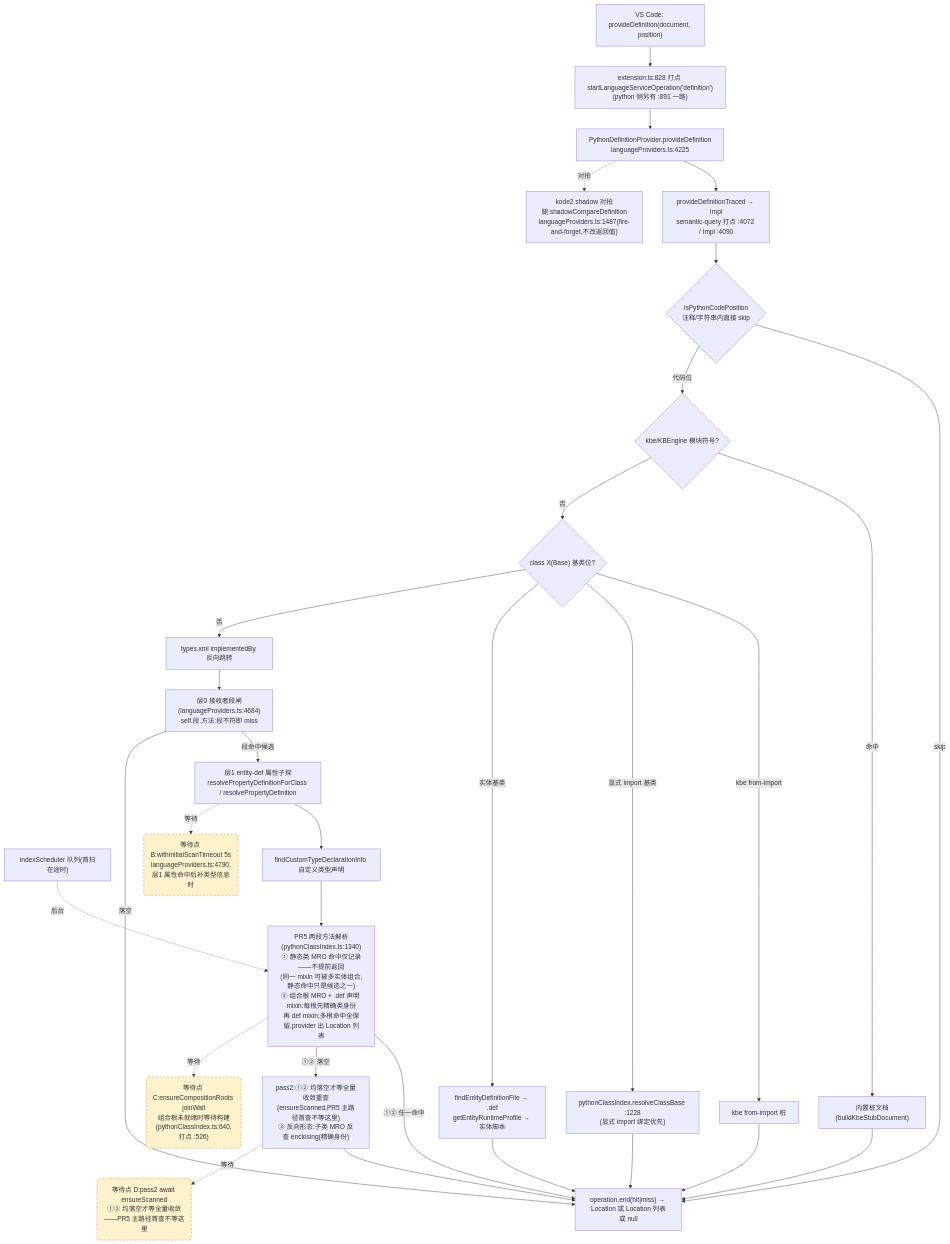
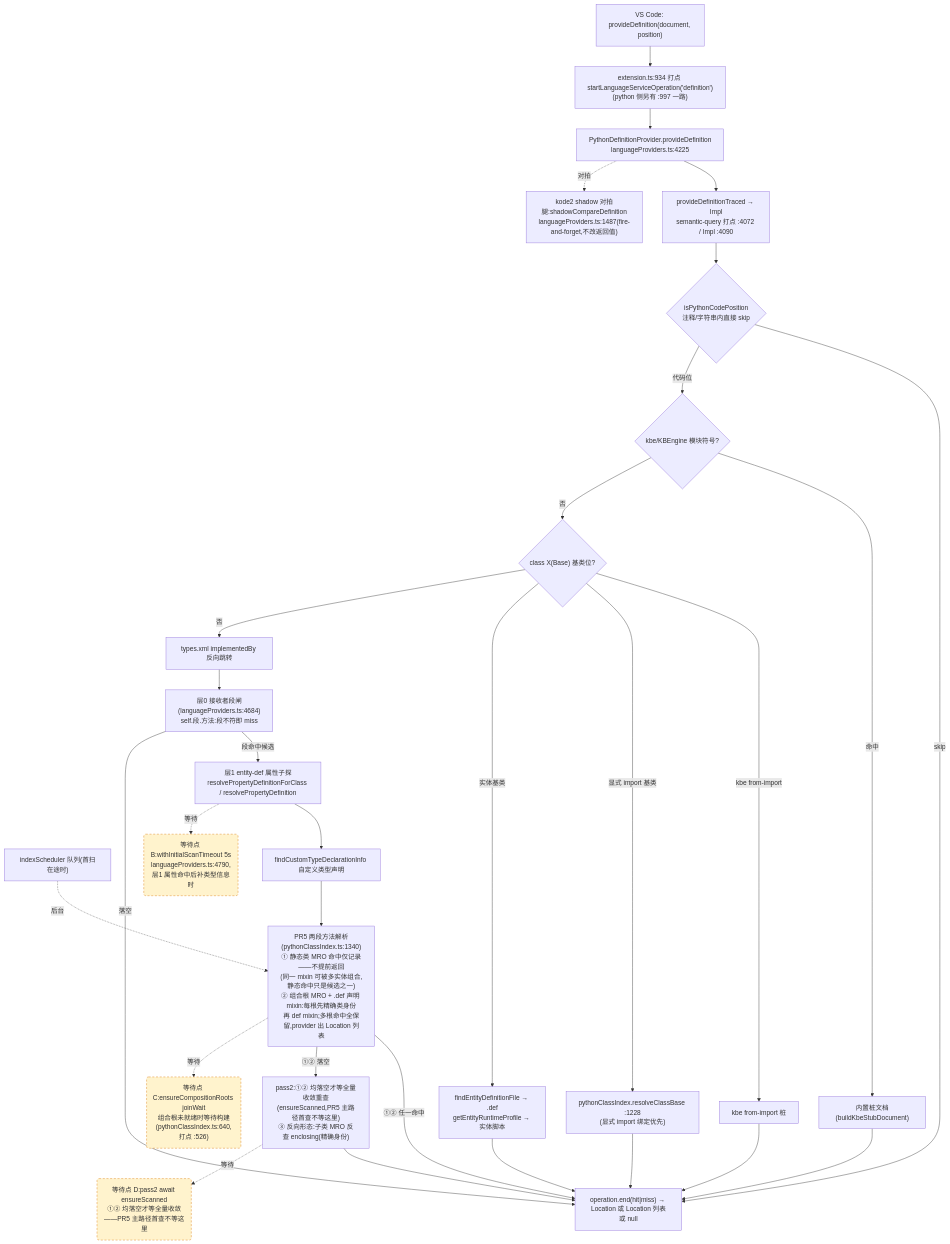
The second of 4 diagrams in docs/perf/2026-baseline.md (cuihairu/kode), drawn with Mermaid before and after one commit. The commit also changed other lines of this file and 7 other files, not shown here.

````diff
--- a/docs/perf/2026-baseline.md
+++ b/docs/perf/2026-baseline.md
@@ -130,51 +130,51 @@
 ```mermaid
 flowchart TD
   VC2["VS Code: provideDefinition(document, position)"]
-  M2["extension.ts:828 打点 startLanguageServiceOperation('definition')<br/>(python 侧另有 :891 一路)"]
+  M2["extension.ts:934 打点 startLanguageServiceOperation('definition')<br/>(python 侧另有 :997 一路)"]
   AD2["PythonDefinitionProvider.provideDefinition<br/>languageProviders.ts:4225"]
   TR["provideDefinitionTraced → Impl<br/>semantic-query 打点 :4072 / Impl :4090"]
   CTX{"isPythonCodePosition<br/>注释/字符串内直接 skip"}
   KBE{"kbe/KBEngine 模块符号?"}
   STUB["内置桩文档(buildKbeStubDocument)"]
   CB{"class X(Base) 基类位?"}
   CB1["kbe from-import 桩"]
   CB2["pythonClassIndex.resolveClassBase :1228<br/>(显式 import 绑定优先)"]
   CB3["findEntityDefinitionFile → .def<br/>getEntityRuntimeProfile → 实体脚本"]
   REV["types.xml implementedBy 反向跳转"]
   L0["层0 接收者段闸(languageProviders.ts:4684)<br/>self.段.方法:段不符即 miss"]
   L1["层1 entity-def 属性子探<br/>resolvePropertyDefinitionForClass / resolvePropertyDefinition"]
   SCAN["indexScheduler 队列(首扫在途时)"]
   TY["findCustomTypeDeclarationInfo 自定义类型声明"]
   MRO["PR5 两段方法解析(pythonClassIndex.ts:1340)<br/>① 静态类 MRO 命中仅记录——不提前返回<br/>(同一 mixin 可被多实体组合,静态命中只是候选之一)<br/>② 组合根 MRO + .def 声明 mixin:每根先精确类身份<br/>再 def mixin;多根命中全保留,provider 出 Location 列表"]
   PASS2["pass2:①② 均落空才等全量收敛重查<br/>(ensureScanned,PR5 主路径首查不等这里)<br/>③ 反向形态:子类 MRO 反查 enclosing(精确身份)"]
   SHD["kode2 shadow 对拍腿:shadowCompareDefinition<br/>languageProviders.ts:1487(fire-and-forget,不改返回值)"]
   END2["operation.end(hit|miss) → Location 或 Location 列表或 null"]
 
   VC2 --> M2 --> AD2 --> TR --> CTX
   CTX -- "skip" --> END2
   CTX -- "代码位" --> KBE
   KBE -- "命中" --> STUB --> END2
   KBE -- "否" --> CB
   CB -- "kbe from-import" --> CB1 --> END2
   CB -- "显式 import 基类" --> CB2 --> END2
   CB -- "实体基类" --> CB3 --> END2
   CB -- "否" --> REV --> L0
   L0 -- "段命中候选" --> L1
   L0 -- "落空" --> END2
   L1 --> TY
   TY --> MRO
   MRO -- "①② 任一命中" --> END2
   MRO -- "①② 落空" --> PASS2 --> END2
   AD2 -.->|对拍| SHD
 
   WAITB("等待点 B:withInitialScanTimeout 5s<br/>languageProviders.ts:4790,层1 属性命中后补类型信息时")
   WAITC("等待点 C:ensureCompositionRoots joinWait<br/>组合根未就绪时等待构建(pythonClassIndex.ts:640,打点 :526)")
   WAITD("等待点 D:pass2 await ensureScanned<br/>①② 均落空才等全量收敛——PR5 主路径首查不等这里")
   L1 -.->|等待| WAITB
   MRO -.->|等待| WAITC
   PASS2 -.->|等待| WAITD
   SCAN -.->|后台| MRO
 
   classDef waitPoint fill:#fff3cd,stroke:#d97706,stroke-dasharray:5 4;
   class WAITB,WAITC,WAITD waitPoint;
 ```
````
